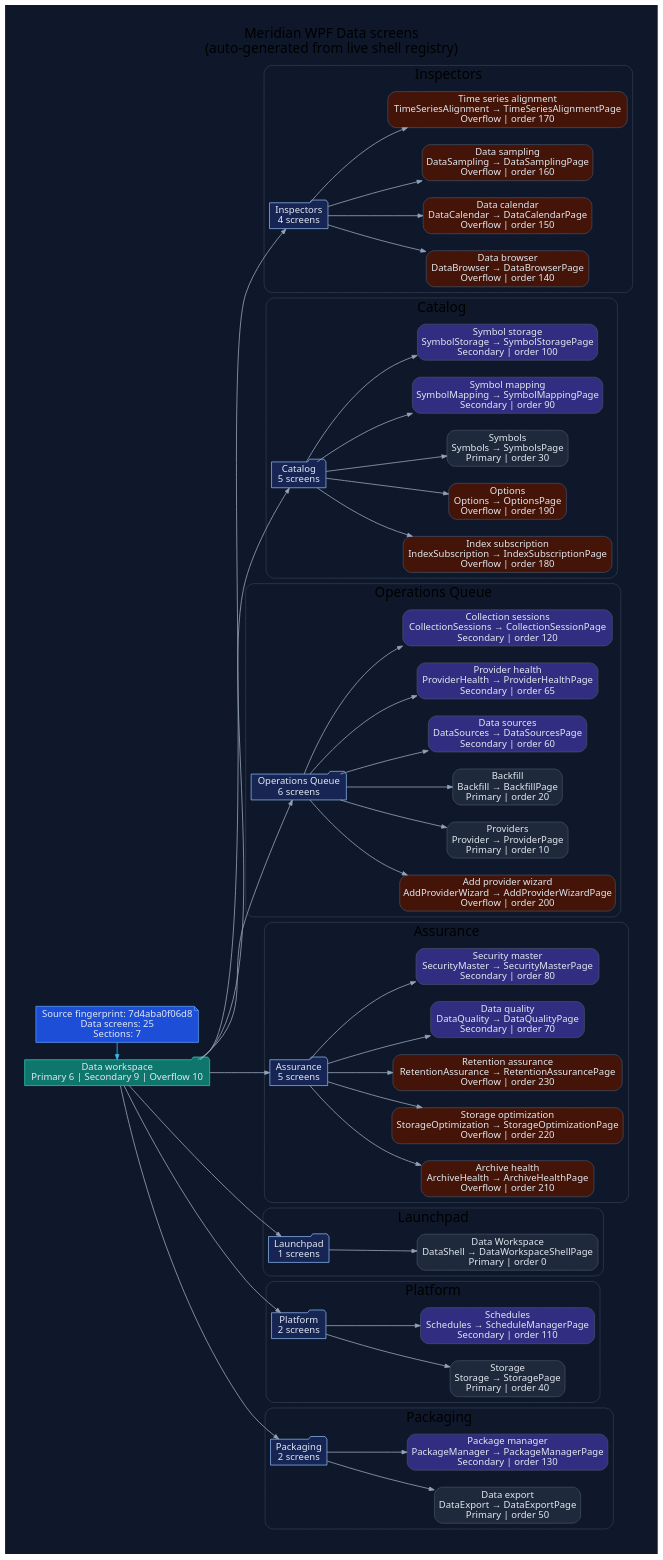
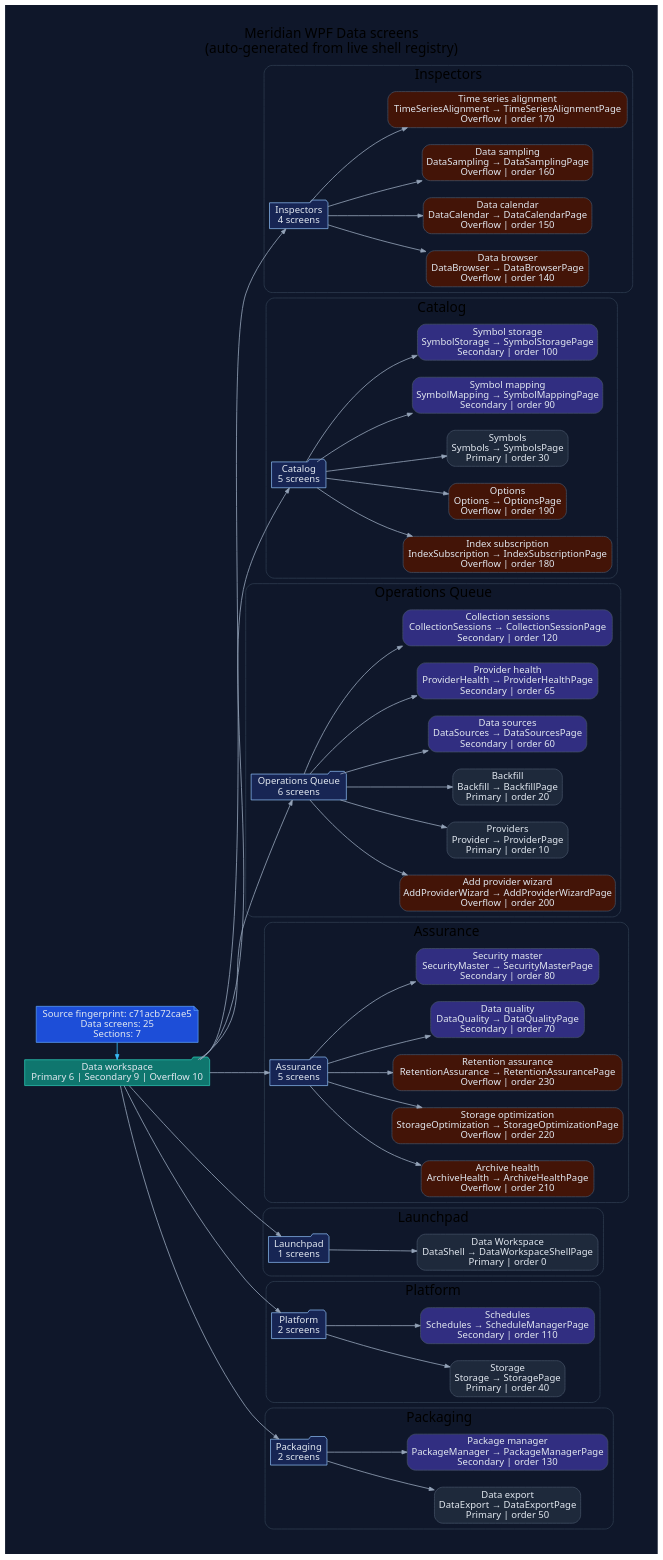
The diagram in docs/diagrams/ui/ui-wpf-screens-data.dot (rodoHasArrived/Meridian-main), drawn with Graphviz before and after one commit. The commit also changed 51 other files, not shown here.

```diff
--- a/docs/diagrams/ui/ui-wpf-screens-data.dot
+++ b/docs/diagrams/ui/ui-wpf-screens-data.dot
@@ -1,132 +1,132 @@
 // -----------------------------------------------------------------------------
 // <auto-generated>
 // Generated by scripts/generate-diagrams.mjs.
 // Do not edit this file directly; update the WPF source files instead.
 // -----------------------------------------------------------------------------
 digraph WpfDataScreens {
   graph [
     rankdir=LR,
     labelloc=t,
     label="Meridian WPF Data screens\n(auto-generated from live shell registry)",
     fontname="Segoe UI",
     fontsize=20,
     pad=0.4,
     nodesep=0.35,
     ranksep=0.85,
     bgcolor="#0f172a"
   ];
   node [fontname="Segoe UI", shape=box, style="rounded,filled", color="#475569", fontcolor="#e2e8f0", fillcolor="#1e293b"];
   edge [fontname="Segoe UI", color="#94a3b8", penwidth=1.2, arrowsize=0.75];
 
-  generated [shape=note, fillcolor="#1d4ed8", color="#60a5fa", label="Source fingerprint: 7d4aba0f06d8\nData screens: 25\nSections: 7"];
+  generated [shape=note, fillcolor="#1d4ed8", color="#60a5fa", label="Source fingerprint: c71acb72cae5\nData screens: 25\nSections: 7"];
   workspace [shape=folder, fillcolor="#0f766e", color="#2dd4bf", label="Data workspace\nPrimary 6 | Secondary 9 | Overflow 10"];
   generated -> workspace [color="#38bdf8"];
 
   subgraph cluster_section_1 {
     label="Inspectors";
     color="#334155";
     style="rounded";
     section_1 [shape=folder, fillcolor="#172554", color="#93c5fd", label="Inspectors\n4 screens"];
     workspace -> section_1;
     screen_DataBrowser [fillcolor="#431407", label="Data browser\nDataBrowser → DataBrowserPage\nOverflow | order 140"];
     section_1 -> screen_DataBrowser;
     screen_DataCalendar [fillcolor="#431407", label="Data calendar\nDataCalendar → DataCalendarPage\nOverflow | order 150"];
     section_1 -> screen_DataCalendar;
     screen_DataSampling [fillcolor="#431407", label="Data sampling\nDataSampling → DataSamplingPage\nOverflow | order 160"];
     section_1 -> screen_DataSampling;
     screen_TimeSeriesAlignment [fillcolor="#431407", label="Time series alignment\nTimeSeriesAlignment → TimeSeriesAlignmentPage\nOverflow | order 170"];
     section_1 -> screen_TimeSeriesAlignment;
   }
 
   subgraph cluster_section_2 {
     label="Catalog";
     color="#334155";
     style="rounded";
     section_2 [shape=folder, fillcolor="#172554", color="#93c5fd", label="Catalog\n5 screens"];
     workspace -> section_2;
     screen_IndexSubscription [fillcolor="#431407", label="Index subscription\nIndexSubscription → IndexSubscriptionPage\nOverflow | order 180"];
     section_2 -> screen_IndexSubscription;
     screen_Options [fillcolor="#431407", label="Options\nOptions → OptionsPage\nOverflow | order 190"];
     section_2 -> screen_Options;
     screen_Symbols [fillcolor="#1e293b", label="Symbols\nSymbols → SymbolsPage\nPrimary | order 30"];
     section_2 -> screen_Symbols;
     screen_SymbolMapping [fillcolor="#312e81", label="Symbol mapping\nSymbolMapping → SymbolMappingPage\nSecondary | order 90"];
     section_2 -> screen_SymbolMapping;
     screen_SymbolStorage [fillcolor="#312e81", label="Symbol storage\nSymbolStorage → SymbolStoragePage\nSecondary | order 100"];
     section_2 -> screen_SymbolStorage;
   }
 
   subgraph cluster_section_3 {
     label="Operations Queue";
     color="#334155";
     style="rounded";
     section_3 [shape=folder, fillcolor="#172554", color="#93c5fd", label="Operations Queue\n6 screens"];
     workspace -> section_3;
     screen_AddProviderWizard [fillcolor="#431407", label="Add provider wizard\nAddProviderWizard → AddProviderWizardPage\nOverflow | order 200"];
     section_3 -> screen_AddProviderWizard;
     screen_Provider [fillcolor="#1e293b", label="Providers\nProvider → ProviderPage\nPrimary | order 10"];
     section_3 -> screen_Provider;
     screen_Backfill [fillcolor="#1e293b", label="Backfill\nBackfill → BackfillPage\nPrimary | order 20"];
     section_3 -> screen_Backfill;
     screen_DataSources [fillcolor="#312e81", label="Data sources\nDataSources → DataSourcesPage\nSecondary | order 60"];
     section_3 -> screen_DataSources;
     screen_ProviderHealth [fillcolor="#312e81", label="Provider health\nProviderHealth → ProviderHealthPage\nSecondary | order 65"];
     section_3 -> screen_ProviderHealth;
     screen_CollectionSessions [fillcolor="#312e81", label="Collection sessions\nCollectionSessions → CollectionSessionPage\nSecondary | order 120"];
     section_3 -> screen_CollectionSessions;
   }
 
   subgraph cluster_section_4 {
     label="Assurance";
     color="#334155";
     style="rounded";
     section_4 [shape=folder, fillcolor="#172554", color="#93c5fd", label="Assurance\n5 screens"];
     workspace -> section_4;
     screen_ArchiveHealth [fillcolor="#431407", label="Archive health\nArchiveHealth → ArchiveHealthPage\nOverflow | order 210"];
     section_4 -> screen_ArchiveHealth;
     screen_StorageOptimization [fillcolor="#431407", label="Storage optimization\nStorageOptimization → StorageOptimizationPage\nOverflow | order 220"];
     section_4 -> screen_StorageOptimization;
     screen_RetentionAssurance [fillcolor="#431407", label="Retention assurance\nRetentionAssurance → RetentionAssurancePage\nOverflow | order 230"];
     section_4 -> screen_RetentionAssurance;
     screen_DataQuality [fillcolor="#312e81", label="Data quality\nDataQuality → DataQualityPage\nSecondary | order 70"];
     section_4 -> screen_DataQuality;
     screen_SecurityMaster [fillcolor="#312e81", label="Security master\nSecurityMaster → SecurityMasterPage\nSecondary | order 80"];
     section_4 -> screen_SecurityMaster;
   }
 
   subgraph cluster_section_5 {
     label="Launchpad";
     color="#334155";
     style="rounded";
     section_5 [shape=folder, fillcolor="#172554", color="#93c5fd", label="Launchpad\n1 screens"];
     workspace -> section_5;
     screen_DataShell [fillcolor="#1e293b", label="Data Workspace\nDataShell → DataWorkspaceShellPage\nPrimary | order 0"];
     section_5 -> screen_DataShell;
   }
 
   subgraph cluster_section_6 {
     label="Platform";
     color="#334155";
     style="rounded";
     section_6 [shape=folder, fillcolor="#172554", color="#93c5fd", label="Platform\n2 screens"];
     workspace -> section_6;
     screen_Storage [fillcolor="#1e293b", label="Storage\nStorage → StoragePage\nPrimary | order 40"];
     section_6 -> screen_Storage;
     screen_Schedules [fillcolor="#312e81", label="Schedules\nSchedules → ScheduleManagerPage\nSecondary | order 110"];
     section_6 -> screen_Schedules;
   }
 
   subgraph cluster_section_7 {
     label="Packaging";
     color="#334155";
     style="rounded";
     section_7 [shape=folder, fillcolor="#172554", color="#93c5fd", label="Packaging\n2 screens"];
     workspace -> section_7;
     screen_DataExport [fillcolor="#1e293b", label="Data export\nDataExport → DataExportPage\nPrimary | order 50"];
     section_7 -> screen_DataExport;
     screen_PackageManager [fillcolor="#312e81", label="Package manager\nPackageManager → PackageManagerPage\nSecondary | order 130"];
     section_7 -> screen_PackageManager;
   }
 
   { rank=min; generated; workspace; }
 }
```
